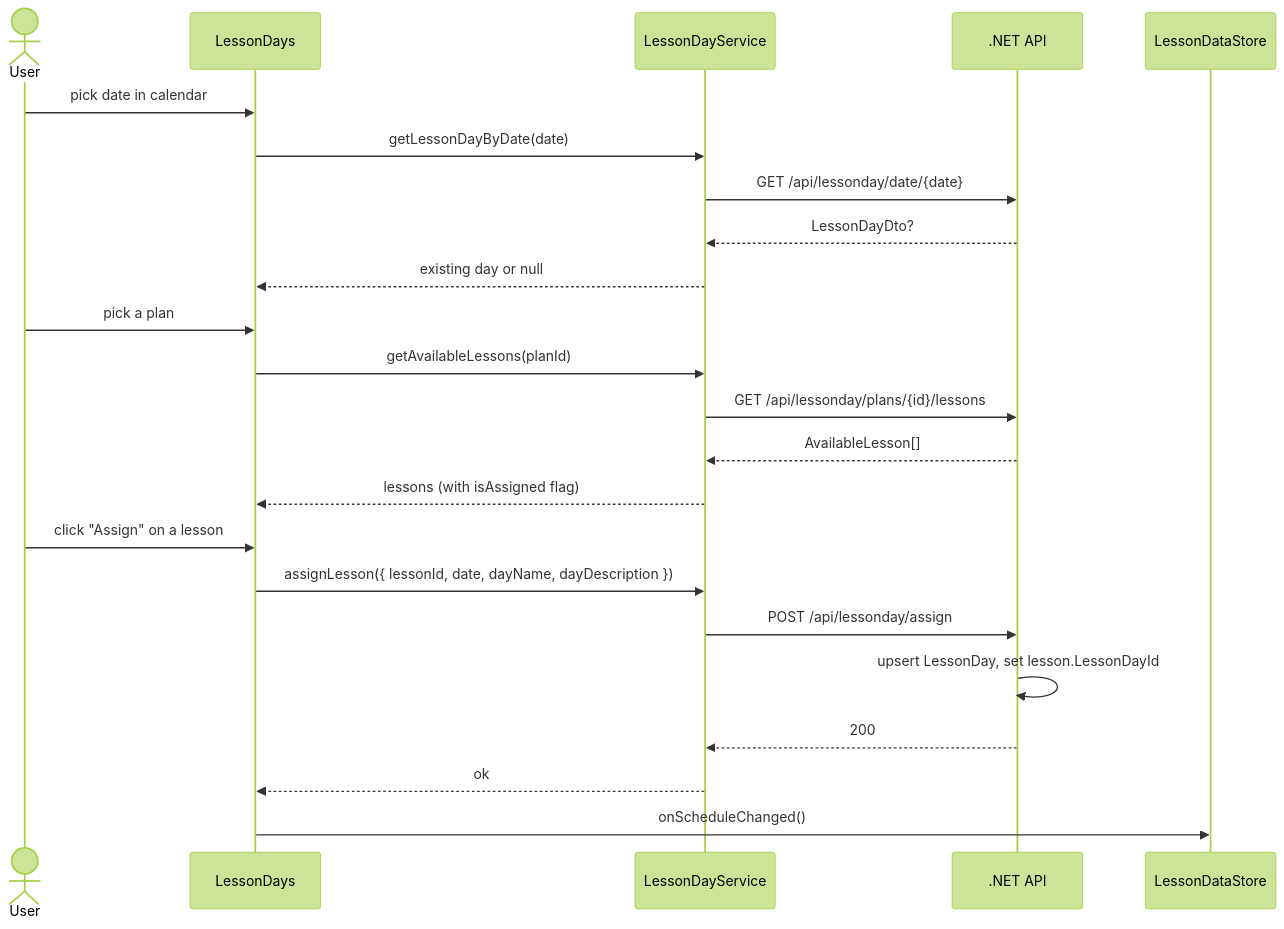
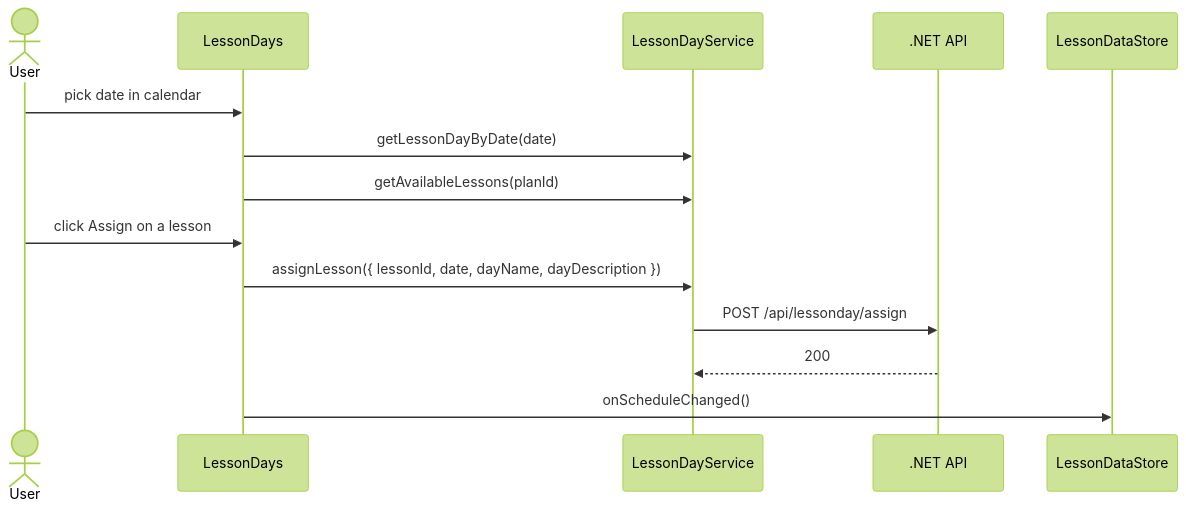
One commit to Dockdep/LessonHub changed the sixth of 7 diagrams in diagrams/frontend/06-flows.md. Above: the diagram before and after it, drawn with Mermaid (forest theme). The commit also changed other lines of this file and 36 other files, not shown here.

````diff
--- a/diagrams/frontend/06-flows.md
+++ b/diagrams/frontend/06-flows.md
@@ -181,26 +140,17 @@
 ```mermaid
 sequenceDiagram
   actor User
   participant LDays as LessonDays
   participant LDS as LessonDayService
   participant API as .NET API
   participant Store as LessonDataStore
 
   User->>LDays: pick date in calendar
   LDays->>LDS: getLessonDayByDate(date)
-  LDS->>API: GET /api/lessonday/date/{date}
-  API-->>LDS: LessonDayDto?
-  LDS-->>LDays: existing day or null
-  User->>LDays: pick a plan
   LDays->>LDS: getAvailableLessons(planId)
-  LDS->>API: GET /api/lessonday/plans/{id}/lessons
-  API-->>LDS: AvailableLesson[]
-  LDS-->>LDays: lessons (with isAssigned flag)
-  User->>LDays: click "Assign" on a lesson
+  User->>LDays: click Assign on a lesson
   LDays->>LDS: assignLesson({ lessonId, date, dayName, dayDescription })
   LDS->>API: POST /api/lessonday/assign
-  API->>API: upsert LessonDay, set lesson.LessonDayId
   API-->>LDS: 200
-  LDS-->>LDays: ok
   LDays->>Store: onScheduleChanged()
 ```
````
